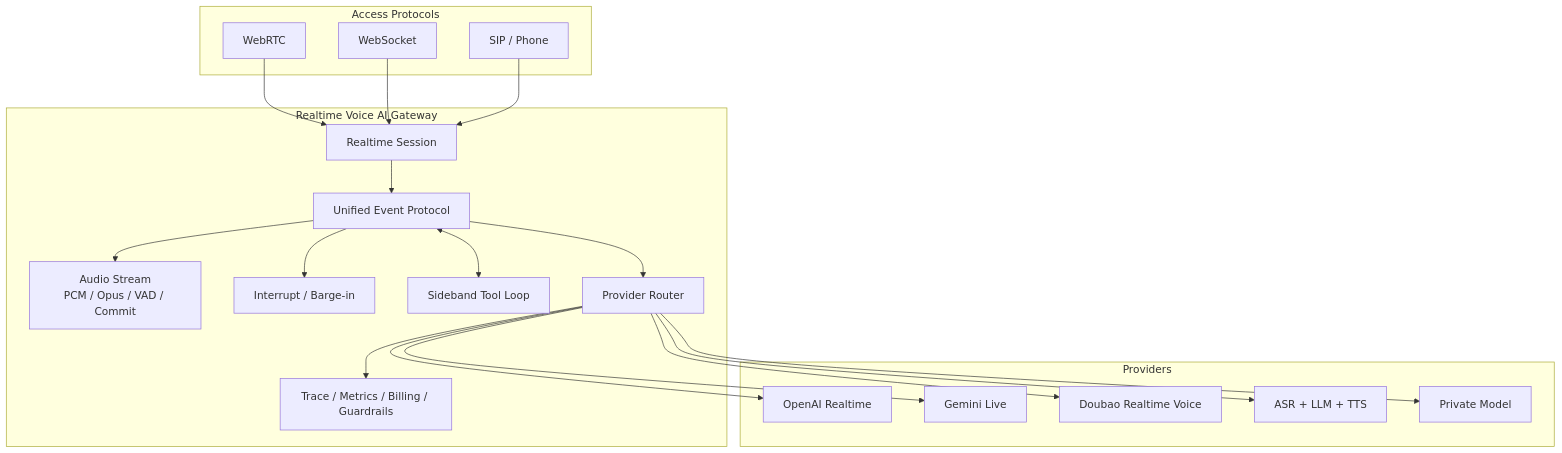
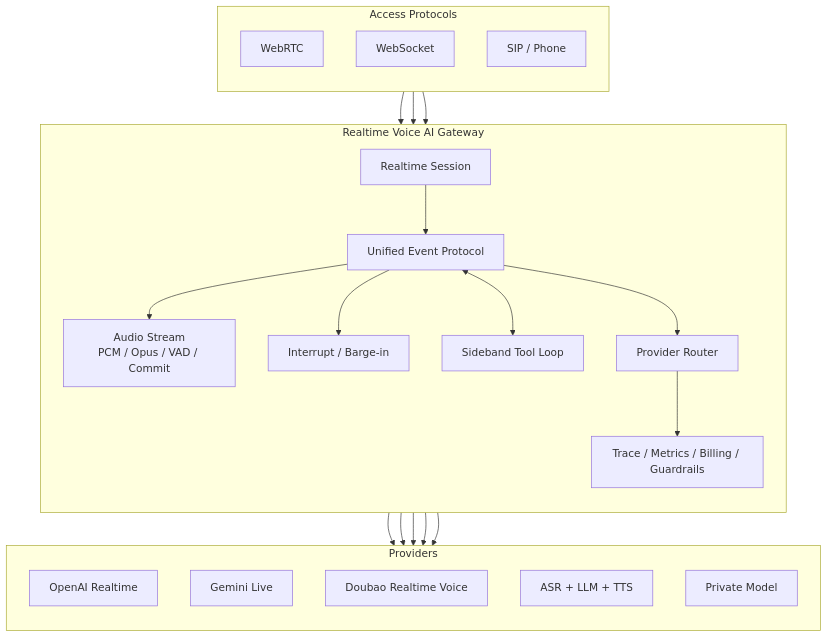
The second of 2 diagrams in _posts/2026-05-20-openai-low-latency-voice-ai-architecture.md (iewiad/iewiad.github.io), drawn with Mermaid before and after one commit. The commit also changed other lines of this file, not shown here.

Commit message:
improve voice architecture diagram layout

````diff
--- a/_posts/2026-05-20-openai-low-latency-voice-ai-architecture.md
+++ b/_posts/2026-05-20-openai-low-latency-voice-ai-architecture.md
@@ -196,42 +221,45 @@
 ```mermaid
 flowchart TB
   subgraph Access["Access Protocols"]
+    direction TB
     WebRTC["WebRTC"]
     WS["WebSocket"]
     SIP["SIP / Phone"]
   end
 
   subgraph Gateway["Realtime Voice AI Gateway"]
+    direction TB
     Session["Realtime Session"]
     EventProtocol["Unified Event Protocol"]
     Audio["Audio Stream\nPCM / Opus / VAD / Commit"]
     Interrupt["Interrupt / Barge-in"]
     ToolLoop["Sideband Tool Loop"]
     Router["Provider Router"]
     Trace["Trace / Metrics / Billing / Guardrails"]
   end
 
   subgraph Providers["Providers"]
+    direction TB
     OpenAI["OpenAI Realtime"]
     Gemini["Gemini Live"]
     Doubao["Doubao Realtime Voice"]
     Pipeline["ASR + LLM + TTS"]
     Private["Private Model"]
   end
 
   WebRTC --> Session
   WS --> Session
   SIP --> Session
 
   Session --> EventProtocol
   EventProtocol --> Audio
   EventProtocol --> Interrupt
   EventProtocol <--> ToolLoop
   EventProtocol --> Router
   Router --> OpenAI
   Router --> Gemini
   Router --> Doubao
   Router --> Pipeline
   Router --> Private
   Router --> Trace
 ```
````
